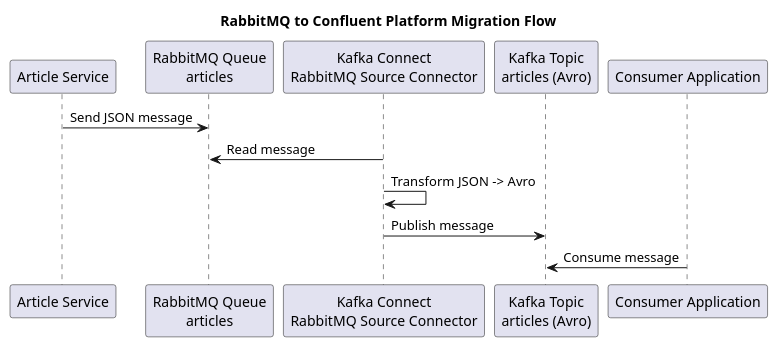
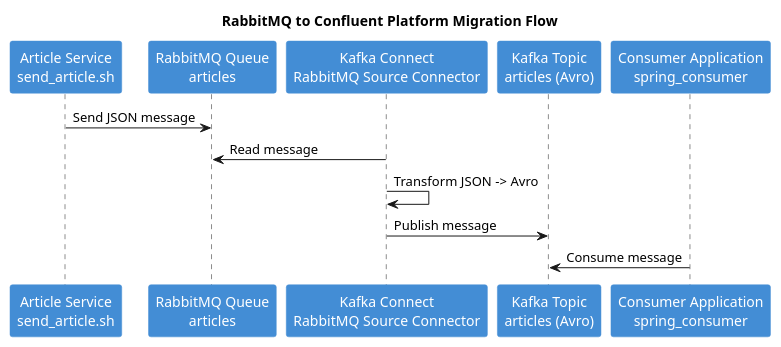
One commit to adam85w/rabbit2kafka_migration changed the diagram in assets/poc_sequence_diagram.plantuml. Above: the diagram before and after it, drawn with PlantUML. The commit also changed 2 other files, not shown here.

Commit message:
Improve PoC sequence diagram

```diff
--- a/assets/poc_sequence_diagram.plantuml
+++ b/assets/poc_sequence_diagram.plantuml
@@ -1,15 +1,21 @@
 @startuml
 title RabbitMQ to Confluent Platform Migration Flow
 
-participant "Article Service" as Service
+skinparam participant {
+    BackgroundColor #438DD5
+    BorderColor #468FD5
+    FontColor #FFFFFF
+}
+
+participant "Article Service\nsend_article.sh" as Service
 participant "RabbitMQ Queue\narticles" as Rabbit
 participant "Kafka Connect\nRabbitMQ Source Connector" as Connector
 participant "Kafka Topic\narticles (Avro)" as Kafka
-participant "Consumer Application" as Consumer
+participant "Consumer Application\nspring_consumer" as Consumer
 
 Service -> Rabbit : Send JSON message
 Connector -> Rabbit : Read message
 Connector -> Connector : Transform JSON -> Avro
 Connector -> Kafka : Publish message
 Consumer -> Kafka : Consume message
 @enduml
```
